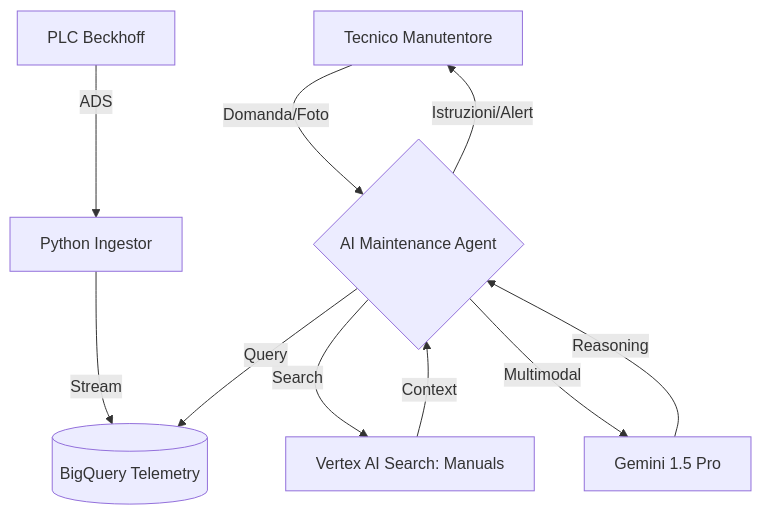
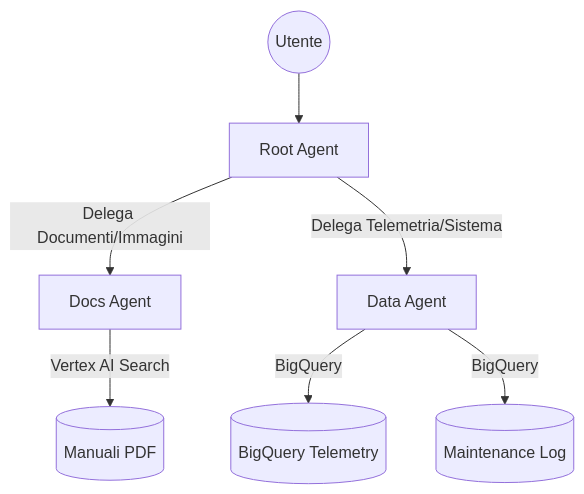
One commit to LucaBalduzziHuware/huware-kvswiss-poc-ai-agent changed the diagram in README.md. Above: the diagram before and after it, drawn with Mermaid. The commit also changed other lines of this file and 11 other files, not shown here.

````diff
--- a/README.md
+++ b/README.md
@@ -9,12 +12,10 @@
 ```mermaid
 graph TD
-    PLC[PLC Beckhoff] -- ADS --> Ingestor[Python Ingestor]
-    Ingestor -- Stream --> BQ[(BigQuery Telemetry)]
-    Technician[Tecnico Manutentore] -- Domanda/Foto --> Agent{AI Maintenance Agent}
-    Agent -- Query --> BQ
-    Agent -- Search --> RAG[Vertex AI Search: Manuals]
-    Agent -- Multimodal --> Gemini[Gemini 1.5 Pro]
-    RAG -- Context --> Agent
-    Gemini -- Reasoning --> Agent
-    Agent -- Istruzioni/Alert --> Technician
+    User((Utente)) --> Root[Root Agent]
+    Root -->|Delega Documenti/Immagini| Docs[Docs Agent]
+    Root -->|Delega Telemetria/Sistema| Data[Data Agent]
+    
+    Docs -->|Vertex AI Search| Manuals[(Manuali PDF)]
+    Data -->|BigQuery| Telemetry[(BigQuery Telemetry)]
+    Data -->|BigQuery| MaintLog[(Maintenance Log)]
 ```
````
